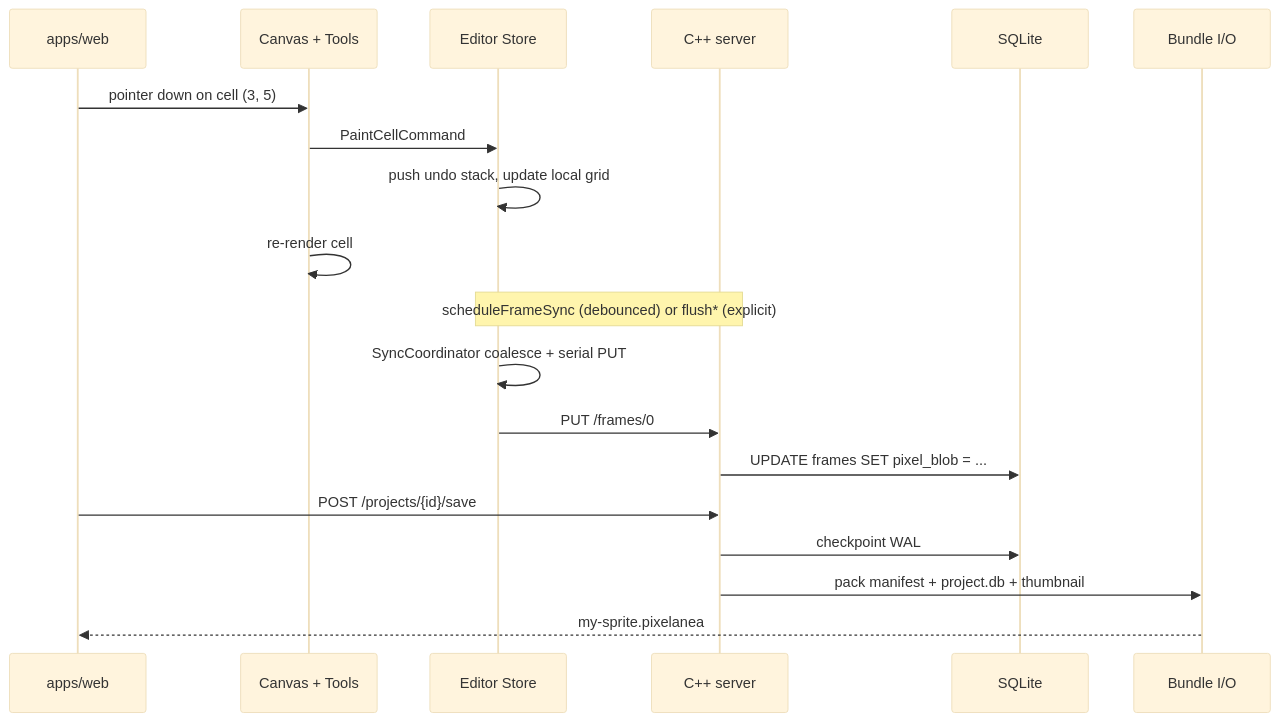
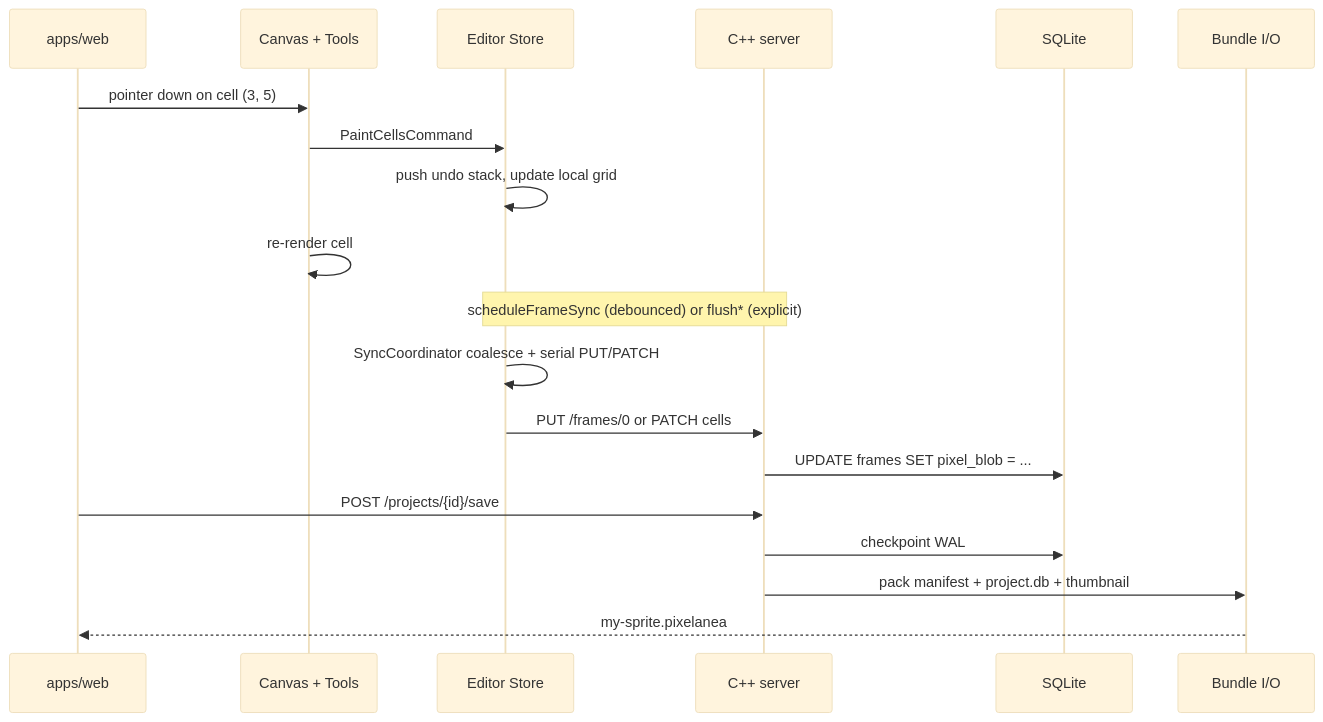
The first of 2 diagrams in ARCHITECTURE.md (paulocymbaum/pixelanea), drawn with Mermaid (base theme) before and after one commit. The commit also changed other lines of this file and 37 other files, not shown here.

````diff
--- a/ARCHITECTURE.md
+++ b/ARCHITECTURE.md
@@ -514,24 +515,24 @@
 ```mermaid
 sequenceDiagram
     participant UI as apps/web
     participant Canvas as Canvas + Tools
     participant Store as Editor Store
     participant API as C++ server
     participant DB as SQLite
     participant Export as Bundle I/O
 
     UI->>Canvas: pointer down on cell (3, 5)
-    Canvas->>Store: PaintCellCommand
+    Canvas->>Store: PaintCellsCommand
     Store->>Store: push undo stack, update local grid
     Canvas->>Canvas: re-render cell
 
     Note over Store,API: scheduleFrameSync (debounced) or flush* (explicit)
-    Store->>Store: SyncCoordinator coalesce + serial PUT
-    Store->>API: PUT /frames/0
+    Store->>Store: SyncCoordinator coalesce + serial PUT/PATCH
+    Store->>API: PUT /frames/0 or PATCH cells
     API->>DB: UPDATE frames SET pixel_blob = ...
 
     UI->>API: POST /projects/{id}/save
     API->>DB: checkpoint WAL
     API->>Export: pack manifest + project.db + thumbnail
     Export-->>UI: my-sprite.pixelanea
 ```
````
